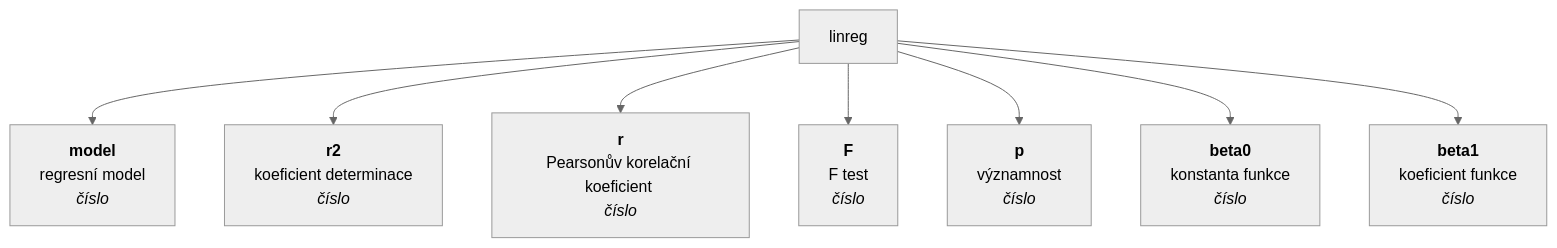
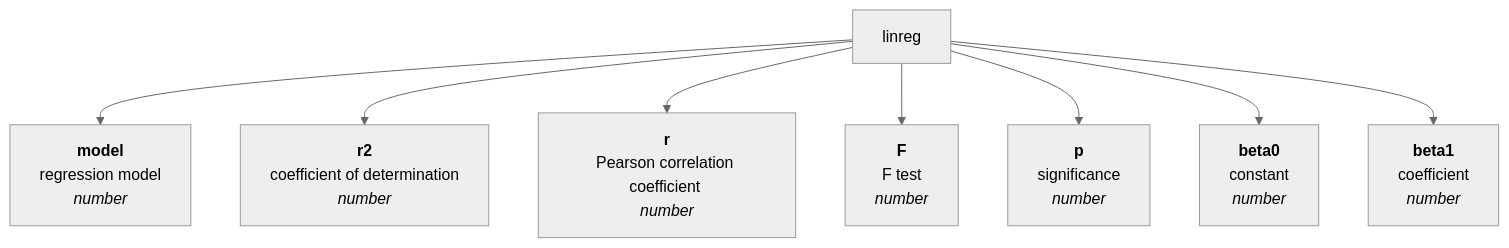
The first of 3 diagrams in md-test.md (muzikp/retusa), drawn with Mermaid (neutral theme) before and after one commit. The commit also changed other lines of this file, not shown here.

````diff
--- a/md-test.md
+++ b/md-test.md
@@ -49,11 +49,11 @@
 ```mermaid
 graph TD
-linreg --> model[<b>model</b><br>regresní model <br><i>číslo</i>]
-linreg --> r2[<b>r2</b><br>koeficient determinace <br><i>číslo</i>]
-linreg --> r[<b>r</b><br>Pearsonův korelační koeficient <br><i>číslo</i>]
-linreg --> F[<b>F</b><br>F test <br><i>číslo</i>]
-linreg --> p[<b>p</b><br>významnost <br><i>číslo</i>]
-linreg --> beta0[<b>beta0</b><br>konstanta funkce <br><i>číslo</i>]
-linreg --> beta1[<b>beta1</b><br>koeficient funkce <br><i>číslo</i>]
+linreg --> model[<b>model</b><br>regression model <br><i>number</i>]
+linreg --> r2[<b>r2</b><br>coefficient of determination <br><i>number</i>]
+linreg --> r[<b>r</b><br>Pearson correlation coefficient <br><i>number</i>]
+linreg --> F[<b>F</b><br>F test <br><i>number</i>]
+linreg --> p[<b>p</b><br>significance <br><i>number</i>]
+linreg --> beta0[<b>beta0</b><br>constant <br><i>number</i>]
+linreg --> beta1[<b>beta1</b><br>coefficient <br><i>number</i>]
 
 ```
````
